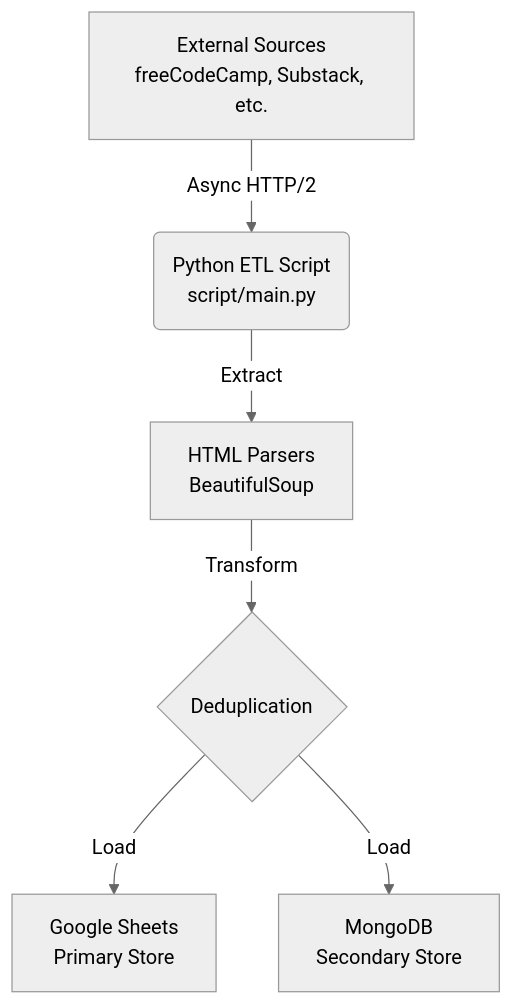
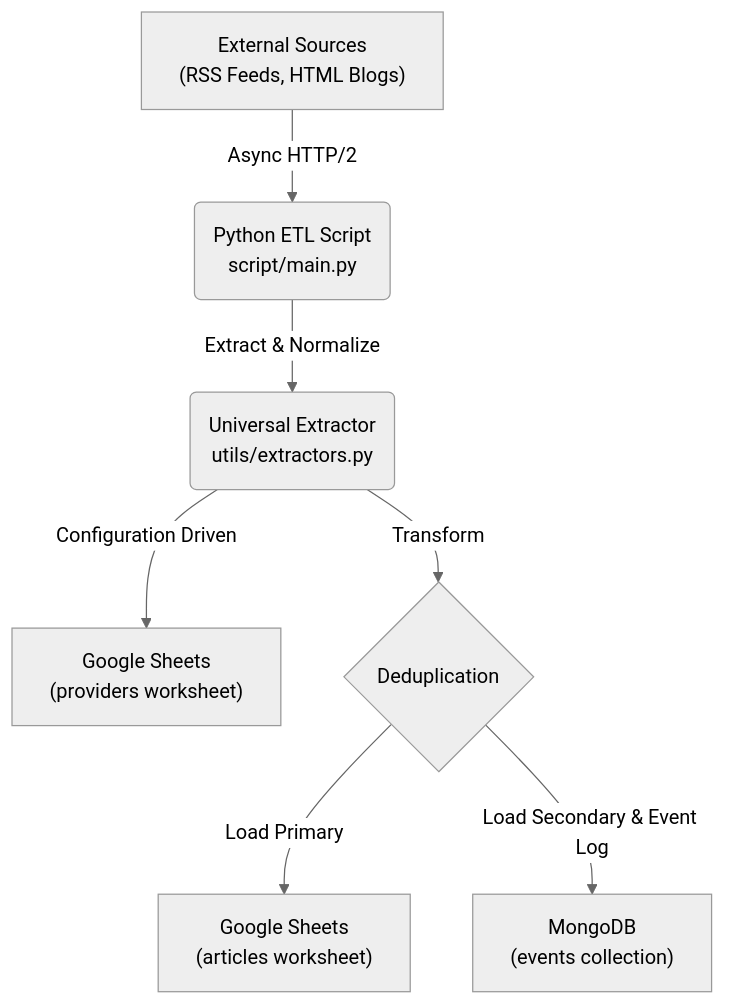
The first of 2 diagrams in docs/architecture/extraction.md (victoriacheng15/personal-reading-analytics-dashboard), drawn with Mermaid (neutral theme) before and after one commit. The commit also changed other lines of this file and 6 other files, not shown here.

Commit message:
docs: Synchronize documentation with project architecture and features

````diff
--- a/docs/architecture/extraction.md
+++ b/docs/architecture/extraction.md
@@ -7,8 +7,9 @@
 ```mermaid
 graph TD
-    Sources[External Sources<br/>freeCodeCamp, Substack, etc.] -->|Async HTTP/2| Scraper(Python ETL Script<br/>script/main.py)
-    Scraper -->|Extract| Parsers[HTML Parsers<br/>BeautifulSoup]
-    Parsers -->|Transform| Deduper{Deduplication}
-    Deduper -->|Load| Sheets[Google Sheets<br/>Primary Store]
-    Deduper -->|Load| Mongo[MongoDB<br/>Secondary Store]
+        Sources["External Sources<br/>(RSS Feeds, HTML Blogs)"] -->|Async HTTP/2| Scraper(Python ETL Script<br/>script/main.py)
+        Scraper -->|Extract & Normalize| UniversalExtractor(Universal Extractor<br/>utils/extractors.py)
+        UniversalExtractor -->|Configuration Driven| SheetsSSOT["Google Sheets<br/>(providers worksheet)"]
+        UniversalExtractor -->|Transform| Deduper{Deduplication}
+        Deduper -->|Load Primary| Sheets["Google Sheets<br/>(articles worksheet)"]
+        Deduper -->|Load Secondary & Event Log| Mongo["MongoDB<br/>(events collection)"]
 ```
````
